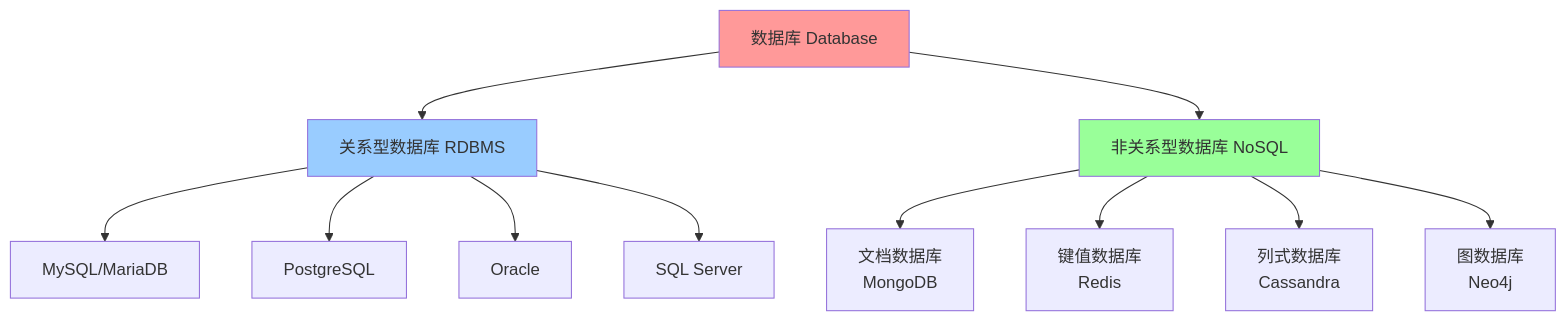
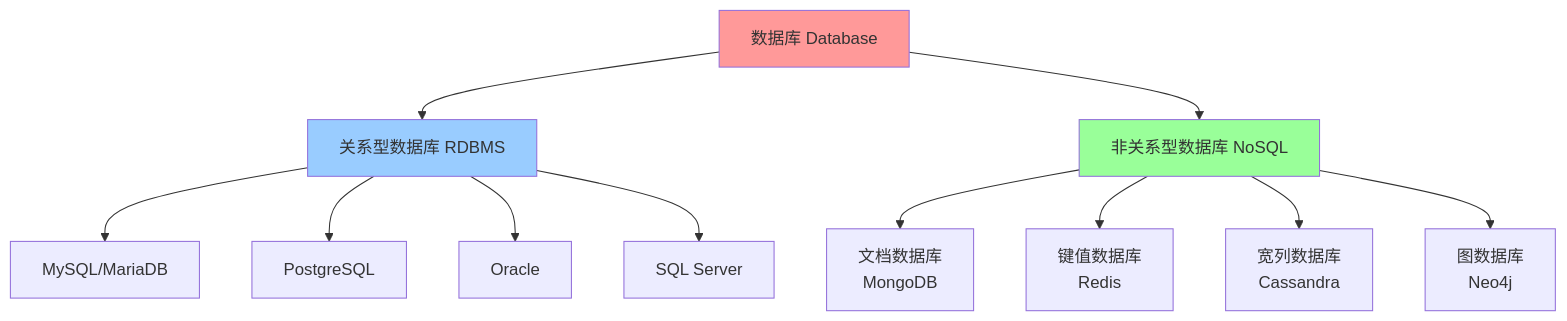
One commit to before80/prgms changed the first of 8 diagrams in content/linux/database/Chapter-43-Database-Basics.md. Above: the diagram before and after it, drawn with Mermaid. The commit also changed other lines of this file and 1645 other files, not shown here.

````diff
--- a/content/linux/database/Chapter-43-Database-Basics.md
+++ b/content/linux/database/Chapter-43-Database-Basics.md
@@ -84,19 +84,19 @@
 ```mermaid
 graph TB
     A[数据库 Database] --> B[关系型数据库 RDBMS]
     A --> C[非关系型数据库 NoSQL]
     
     B --> B1[MySQL/MariaDB]
     B --> B2[PostgreSQL]
     B --> B3[Oracle]
     B --> B4[SQL Server]
     
     C --> C1[文档数据库<br/>MongoDB]
     C --> C2[键值数据库<br/>Redis]
-    C --> C3[列式数据库<br/>Cassandra]
+    C --> C3[宽列数据库<br/>Cassandra]
     C --> C4[图数据库<br/>Neo4j]
     
     style A fill:#ff9999
     style B fill:#99ccff
     style C fill:#99ff99
 ```
````
